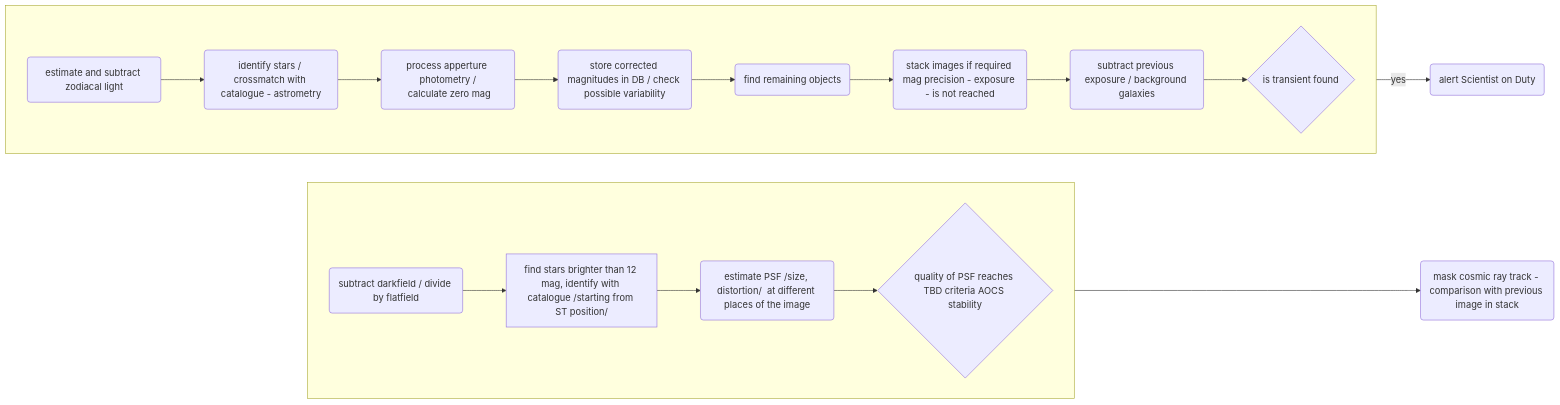
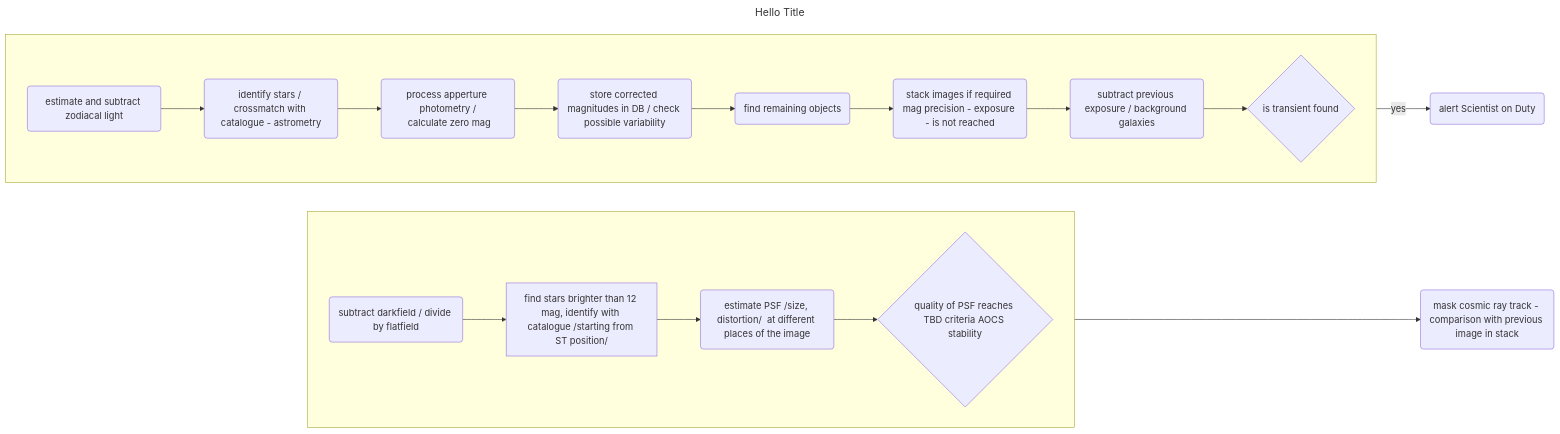
One commit to limu007/quvik changed the first of 2 diagrams in calib/OBDH.md. Above: the diagram before and after it, drawn with Mermaid.

````diff
--- a/calib/OBDH.md
+++ b/calib/OBDH.md
@@ -1,24 +1,29 @@
 ```mermaid
+---
+title: Hello Title
+config:
+    fontsize: 48
+---
 flowchart LR
     df(subtract darkfield / divide by flatfield)
 	ql{quality of PSF reaches TBD criteria AOCS stability} --> crm(mask cosmic ray track - comparison with previous image in stack)
     fs[find stars brighter than 12 mag, identify with catalogue /starting from ST position/]
 	ws(estimate PSF /size, distortion/  at different places of the image)
 	zl(estimate and subtract zodiacal light)
 	am(identify stars / crossmatch with catalogue - astrometry)
 	pm(process apperture photometry /<br/> calculate zero mag)
 	st(store corrected magnitudes in DB / check possible variability)
 	fo(find remaining objects)
 	si(stack images if required mag precision - exposure - is not reached)
 	bg(subtract previous exposure / background galaxies)
 	tf{is transient found} --yes--> SD(alert Scientist on Duty)
 	
 	subgraph Z[" "]
     direction LR
 	df --> fs --> ws -->  ql
     end
     subgraph W[" "]
     direction LR
 	zl --> am --> pm --> st --> fo --> si --> bg --> tf
     end
 ```
````
